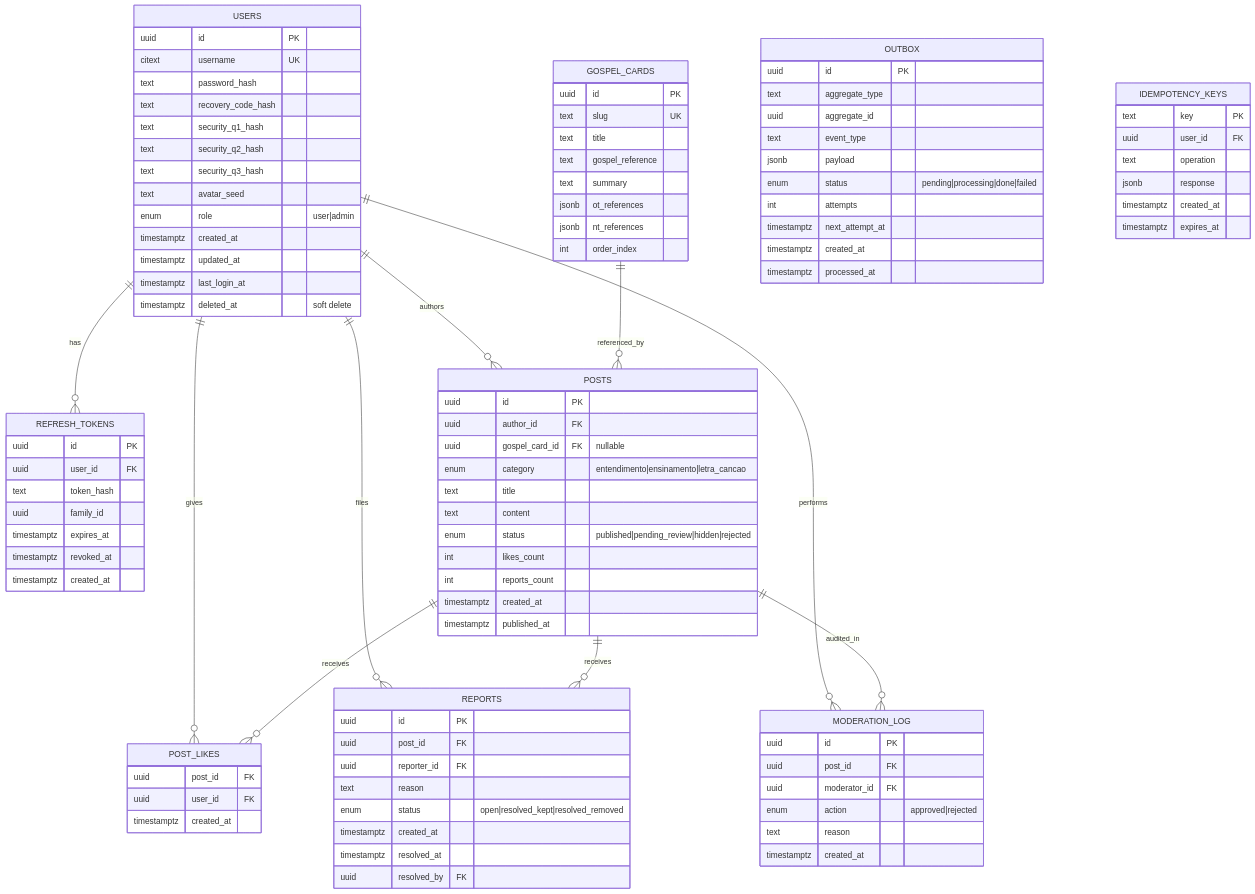
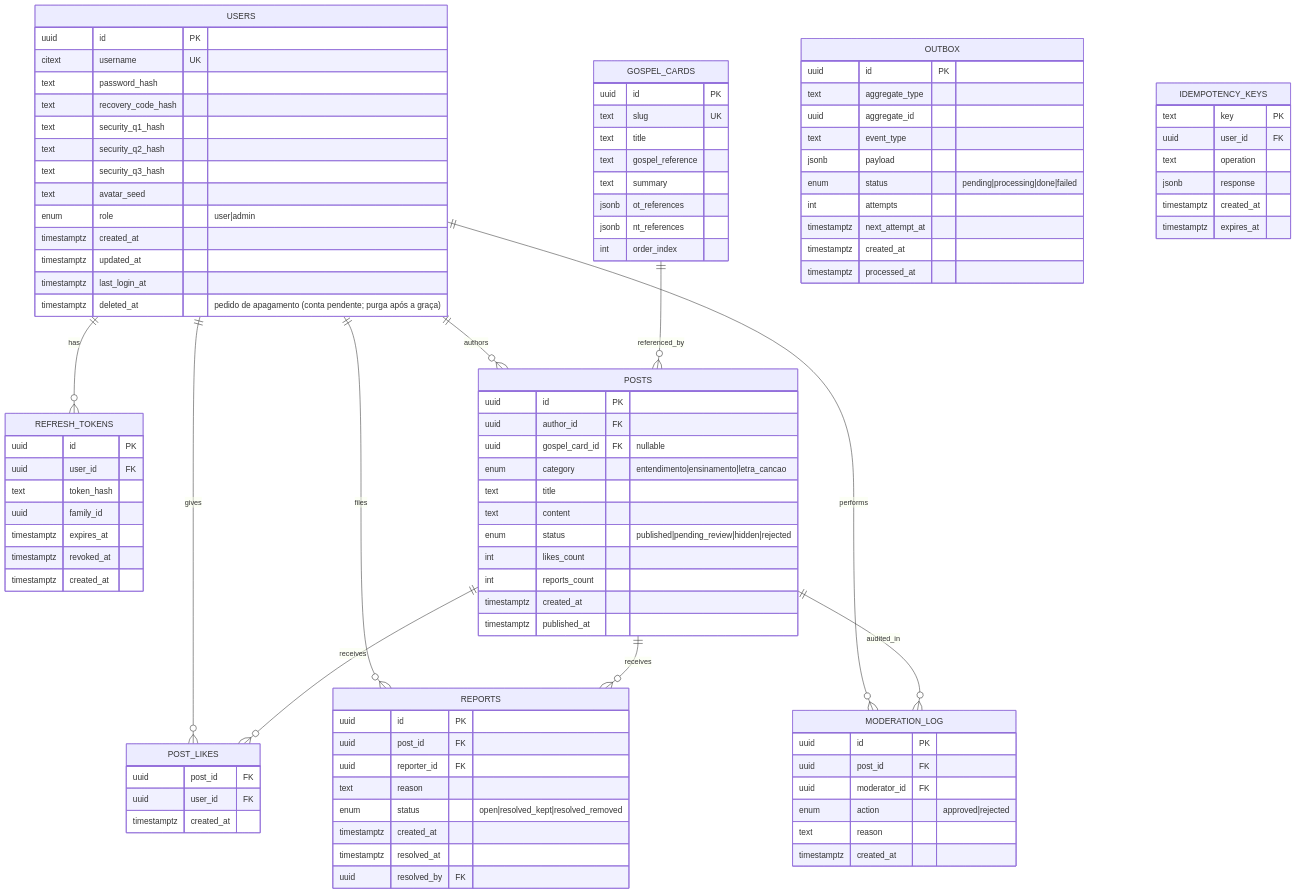
Before and after one commit to comunidadade-crista-developer/comunidadecrista-monorepo: the third of 6 diagrams in docs/Arquitectura/arquitectura.md, drawn with Mermaid. The commit also changed other lines of this file and 5 other files, not shown here.

```diff
--- a/docs/Arquitectura/arquitectura.md
+++ b/docs/Arquitectura/arquitectura.md
@@ -212,7 +238,7 @@
     timestamptz created_at
     timestamptz updated_at
     timestamptz last_login_at
-    timestamptz deleted_at "soft delete"
+    timestamptz deleted_at "pedido de apagamento (conta pendente; purga após a graça)"
   }
 
   REFRESH_TOKENS {
```
